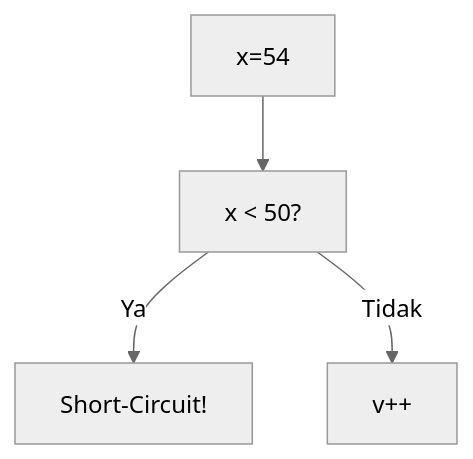
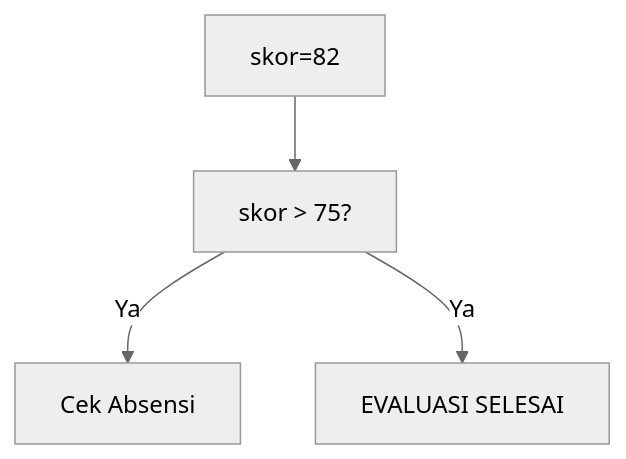
Before and after one commit to amnahwaida/OSNK_INF_PREP: the third of 25 diagrams in part-c-pemahaman-cpp/02-percabangan/latihan/set-04.md, drawn with Mermaid (neutral theme). The commit also changed other lines of this file and 71 other files, not shown here.

````diff
--- a/part-c-pemahaman-cpp/02-percabangan/latihan/set-04.md
+++ b/part-c-pemahaman-cpp/02-percabangan/latihan/set-04.md
@@ -77,6 +81,6 @@
 ```mermaid
 graph TD
-A["x=54"] --> B["x < 50?"]
-B -- Ya --> C["Short-Circuit!"]
-B -- Tidak --> D["v++"]
+A["skor=82"] --> B["skor > 75?"]
+B -- Ya --> C["Cek Absensi"]
+B -- Ya --> D["EVALUASI SELESAI"]
 ```
````
